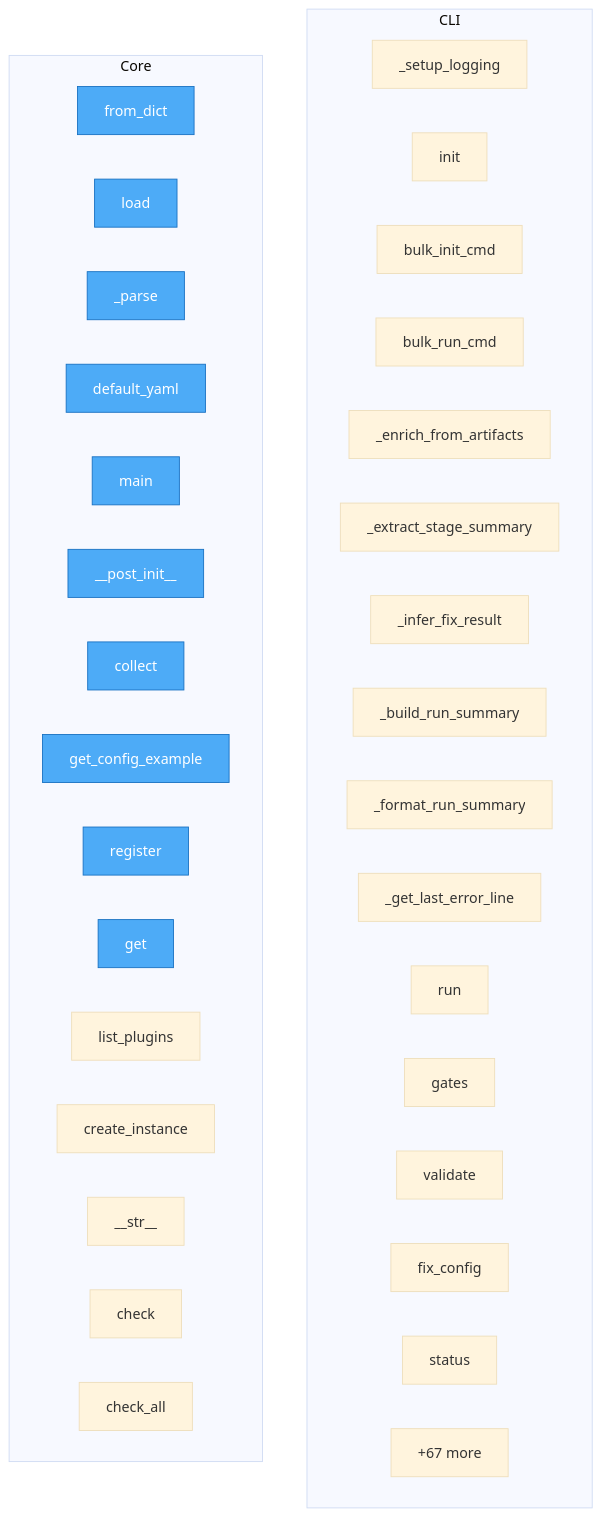
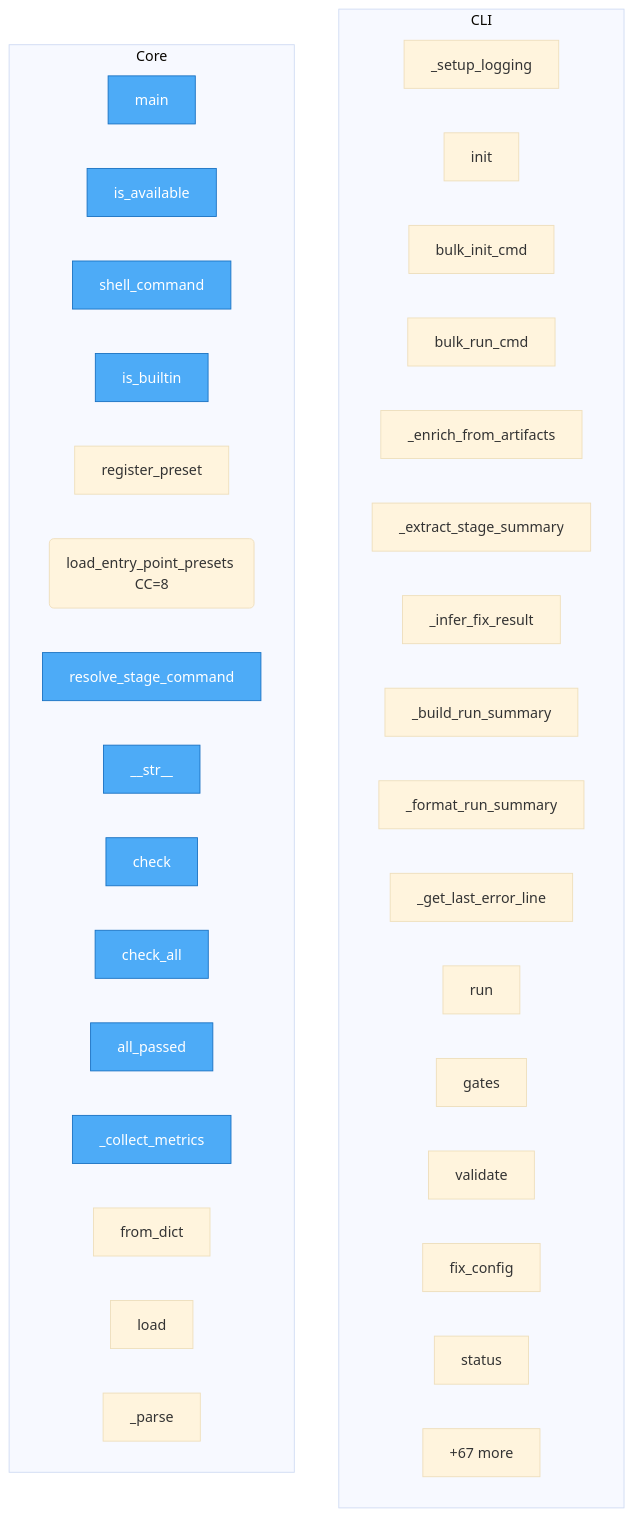
One commit to semcod/pyqual changed the diagram in project/flow.mmd. Above: the diagram before and after it, drawn with Mermaid (base theme). The commit also changed 15 other files, not shown here.

```diff
--- a/project/flow.mmd
+++ b/project/flow.mmd
@@ -1,44 +1,44 @@
 flowchart TD
 
     %% Entry points (blue)
     classDef entry fill:#4dabf7,stroke:#1971c2,color:#fff
 
     subgraph CLI
         pyqual__cli___setup_logging["_setup_logging"]
         pyqual__cli__init["init"]
         pyqual__cli__bulk_init_cmd["bulk_init_cmd"]
         pyqual__cli__bulk_run_cmd["bulk_run_cmd"]
         pyqual__cli___enrich_from_artifacts["_enrich_from_artifacts"]
         pyqual__cli___extract_stage_summary["_extract_stage_summary"]
         pyqual__cli___infer_fix_result["_infer_fix_result"]
         pyqual__cli___build_run_summary["_build_run_summary"]
         pyqual__cli___format_run_summary["_format_run_summary"]
         pyqual__cli___get_last_error_line["_get_last_error_line"]
         pyqual__cli__run["run"]
         pyqual__cli__gates["gates"]
         pyqual__cli__validate["validate"]
         pyqual__cli__fix_config["fix_config"]
         pyqual__cli__status["status"]
         ...["+29 more"]
     end
 
     subgraph Core
+        run_analysis__main["main"]
+        pyqual__tools__ToolPreset__is_available["is_available"]
+        pyqual__tools__ToolPreset__shell_command["shell_command"]
+        pyqual__tools__is_builtin["is_builtin"]
+        pyqual__tools__register_preset["register_preset"]
+        pyqual__tools__load_entry_point_presets("load_entry_point_presets CC=8")
+        pyqual__tools__resolve_stage_command["resolve_stage_command"]
+        pyqual__gates__GateResult____str__["__str__"]
+        pyqual__gates__Gate__check["check"]
+        pyqual__gates__GateSet__check_all["check_all"]
+        pyqual__gates__GateSet__all_passed["all_passed"]
+        pyqual__gates__GateSet___collect_metrics["_collect_metrics"]
         pyqual__config__GateConfig__from_dict["from_dict"]
         pyqual__config__PyqualConfig__load["load"]
         pyqual__config__PyqualConfig___parse["_parse"]
-        pyqual__config__PyqualConfig__default_yaml["default_yaml"]
-        run_analysis__main["main"]
-        pyqual__plugins__PluginMetadata____post_init__["__post_init__"]
-        pyqual__plugins__MetricCollector__collect["collect"]
-        pyqual__plugins__MetricCollector__get_config_example["get_config_example"]
-        pyqual__plugins__PluginRegistry__register["register"]
-        pyqual__plugins__PluginRegistry__get["get"]
-        pyqual__plugins__PluginRegistry__list_plugins["list_plugins"]
-        pyqual__plugins__PluginRegistry__create_instance["create_instance"]
-        pyqual__gates__GateResult____str__["__str__"]
-        pyqual__gates__Gate__check["check"]
-        pyqual__gates__GateSet__check_all["check_all"]
         ...["+67 more"]
     end
 
-    class pyqual__config__GateConfig__from_dict,pyqual__config__PyqualConfig__load,pyqual__config__PyqualConfig___parse,pyqual__config__PyqualConfig__default_yaml,run_analysis__main,pyqual__plugins__PluginMetadata____post_init__,pyqual__plugins__MetricCollector__collect,pyqual__plugins__MetricCollector__get_config_example,pyqual__plugins__PluginRegistry__register,pyqual__plugins__PluginRegistry__get entry
+    class run_analysis__main,pyqual__tools__ToolPreset__is_available,pyqual__tools__ToolPreset__shell_command,pyqual__tools__is_builtin,pyqual__tools__resolve_stage_command,pyqual__gates__GateResult____str__,pyqual__gates__Gate__check,pyqual__gates__GateSet__check_all,pyqual__gates__GateSet__all_passed,pyqual__gates__GateSet___collect_metrics entry
```
